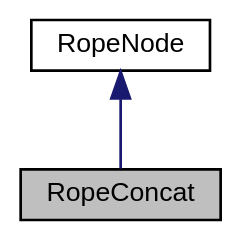
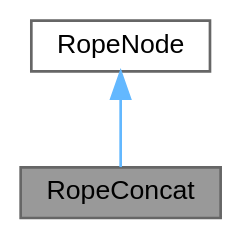
One commit to JS-CMP/JS-CMP changed the diagram in classRopeConcat__coll__graph.dot. Above: the diagram before and after it, drawn with Graphviz. The commit also changed 561 other files, not shown here.

```diff
--- a/classRopeConcat__coll__graph.dot
+++ b/classRopeConcat__coll__graph.dot
@@ -1,10 +1,10 @@
 digraph "RopeConcat"
 {
  // LATEX_PDF_SIZE
   bgcolor="transparent";
-  edge [fontname="Helvetica",fontsize="10",labelfontname="Helvetica",labelfontsize="10"];
-  node [fontname="Helvetica",fontsize="10",shape=record];
-  Node1 [label="RopeConcat",height=0.2,width=0.4,color="black", fillcolor="grey75", style="filled", fontcolor="black",tooltip="Represents a concatenation node in a Rope data structure."];
-  Node2 -> Node1 [dir="back",color="midnightblue",fontsize="10",style="solid",fontname="Helvetica"];
-  Node2 [label="RopeNode",height=0.2,width=0.4,color="black",URL="$classRopeNode.html",tooltip="Abstract base class representing a node in a Rope data structure."];
+  edge [fontname=Helvetica,fontsize=10,labelfontname=Helvetica,labelfontsize=10];
+  node [fontname=Helvetica,fontsize=10,shape=box,height=0.2,width=0.4];
+  Node1 [id="Node000001",label="RopeConcat",height=0.2,width=0.4,color="gray40", fillcolor="grey60", style="filled", fontcolor="black",tooltip="Represents a concatenation node in a Rope data structure."];
+  Node2 -> Node1 [id="edge1_Node000001_Node000002",dir="back",color="steelblue1",style="solid",tooltip=" "];
+  Node2 [id="Node000002",label="RopeNode",height=0.2,width=0.4,color="gray40", fillcolor="white", style="filled",URL="$classRopeNode.html",tooltip="Abstract base class representing a node in a Rope data structure."];
 }
```
